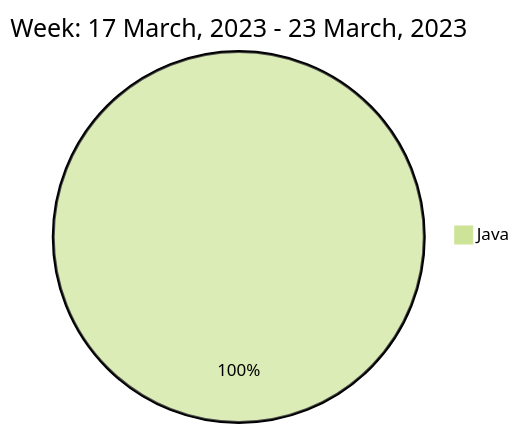
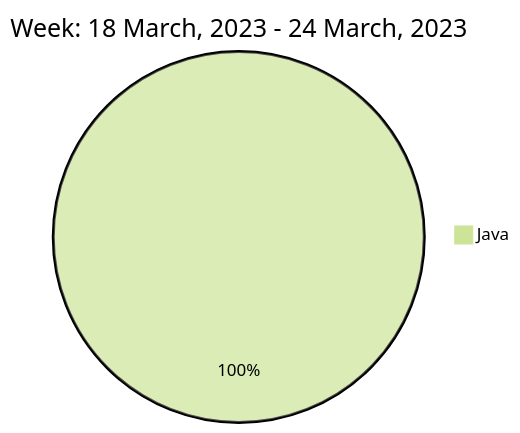
The diagram in README.md (liubin95/liubin95), drawn with Mermaid (forest theme) before and after one commit.

Commit message:
Updated the Graph with new Metrics

````diff
--- a/README.md
+++ b/README.md
@@ -40,5 +40,5 @@
 ```mermaid
  pie
-title Week: 17 March, 2023 - 23 March, 2023
+title Week: 18 March, 2023 - 24 March, 2023
  "Java" : 2.23
 ```
````
